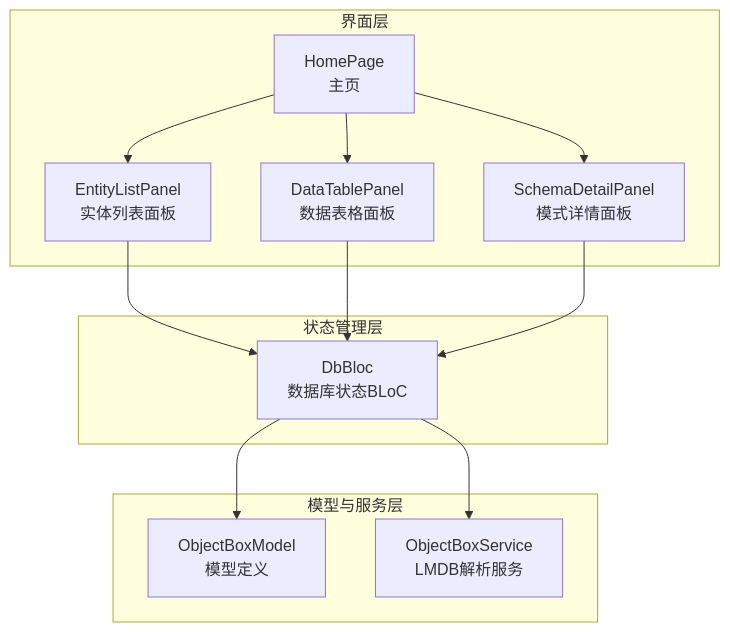
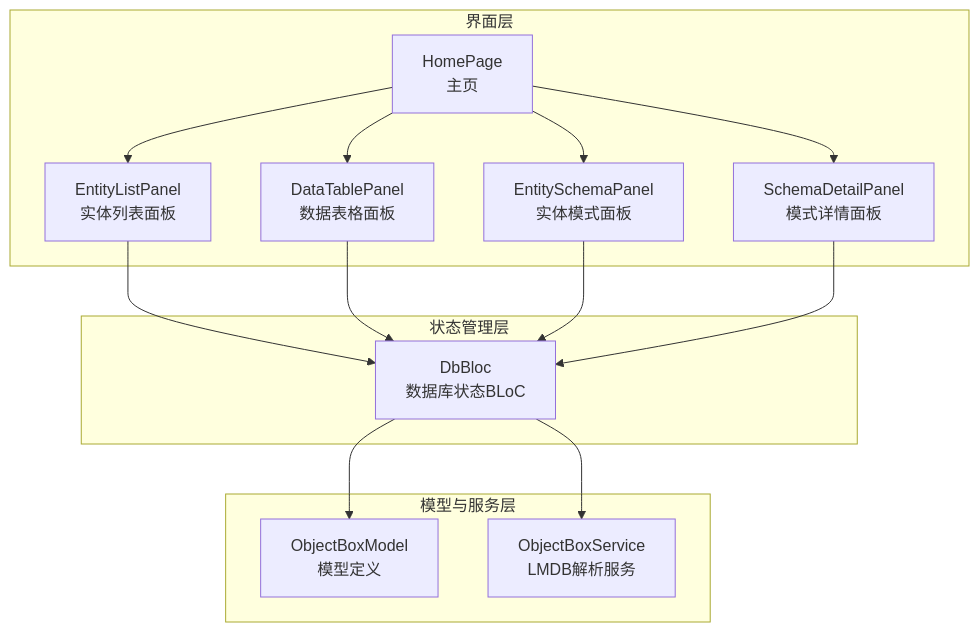
The first of 8 diagrams in .qoder/repowiki/zh/content/UI 组件/实体列表面板.md (kongpf8848/objectbox_viewer), drawn with Mermaid before and after one commit. The commit also changed other lines of this file and 9 other files, not shown here.

````diff
--- a/.qoder/repowiki/zh/content/UI 组件/实体列表面板.md
+++ b/.qoder/repowiki/zh/content/UI 组件/实体列表面板.md
@@ -38,24 +50,27 @@
 ```mermaid
 graph TB
 subgraph "界面层"
 HP["HomePage<br/>主页"]
 ELP["EntityListPanel<br/>实体列表面板"]
 DTP["DataTablePanel<br/>数据表格面板"]
+ESP["EntitySchemaPanel<br/>实体模式面板"]
 SDP["SchemaDetailPanel<br/>模式详情面板"]
 end
 subgraph "状态管理层"
 DBLOC["DbBloc<br/>数据库状态BLoC"]
 end
 subgraph "模型与服务层"
 OBM["ObjectBoxModel<br/>模型定义"]
 OBS["ObjectBoxService<br/>LMDB解析服务"]
 end
 HP --> ELP
 HP --> DTP
+HP --> ESP
 HP --> SDP
 ELP --> DBLOC
 DTP --> DBLOC
+ESP --> DBLOC
 SDP --> DBLOC
 DBLOC --> OBS
 DBLOC --> OBM
 ```
````
